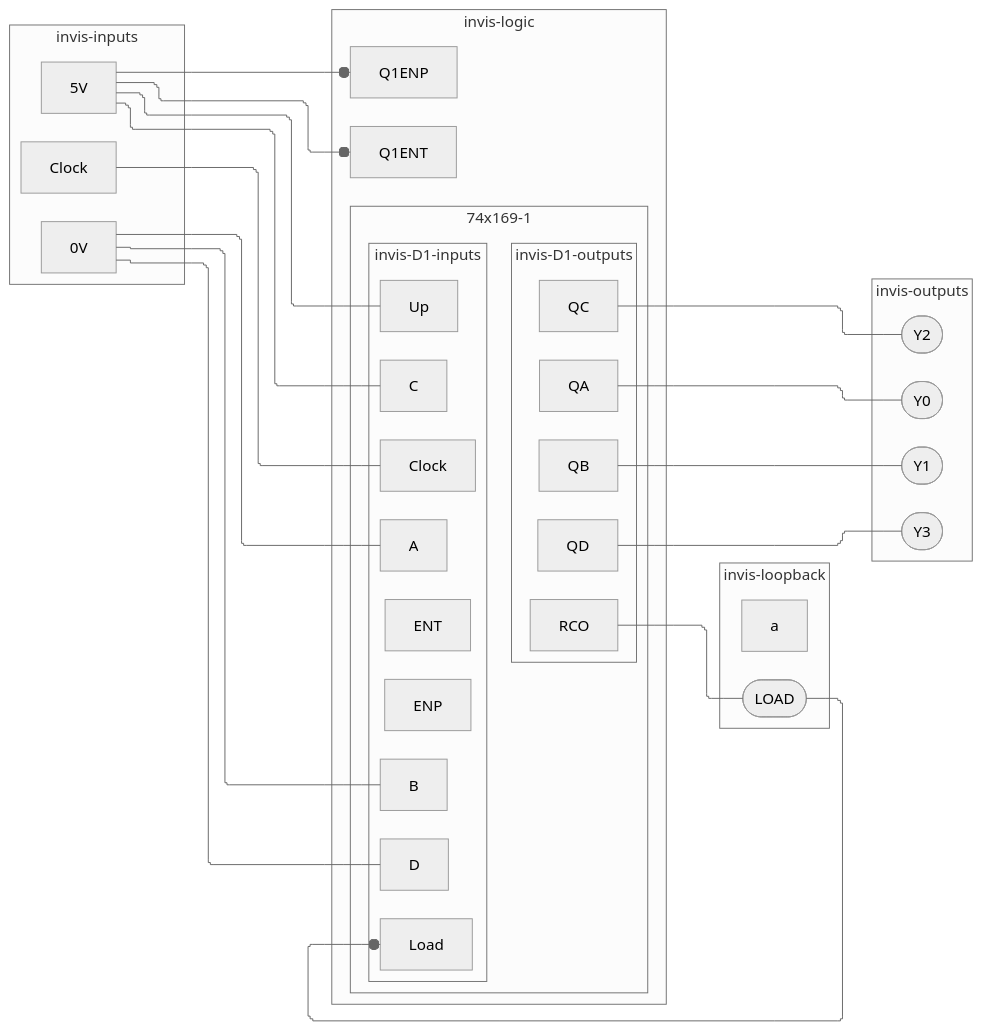
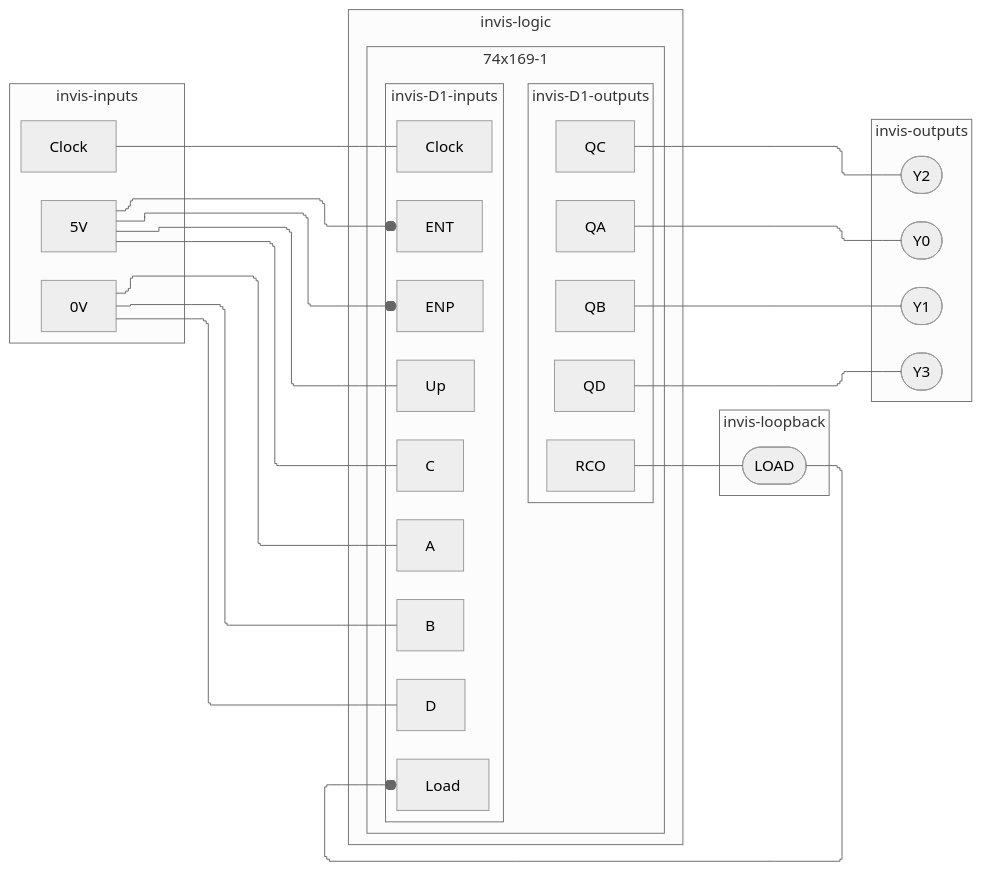
One commit to tnichols217/notes changed the eighth of 8 diagrams in CSDS 281 - Logic Design/HW/8/Tables.md. Above: the diagram before and after it, drawn with Mermaid (neutral theme).

Commit message:
vault backup: 2024-04-05 07:51:16

````diff
--- a/CSDS 281 - Logic Design/HW/8/Tables.md
+++ b/CSDS 281 - Logic Design/HW/8/Tables.md
@@ -408,48 +408,47 @@
 ```mermaid
 %%{ init: { 'flowchart': { 'curve': 'stepBefore', "defaultRenderer": "elk" } } }%%
 flowchart LR
 subgraph invis-inputs
 	Clock
 	5V
 	0V
 end
 subgraph invis-logic
 	subgraph 74x169-1
 		subgraph invis-D1-inputs
 			D1c[Clock]
 			D1UP[Up]
 			D1LD[Load]
 			D1ENP[ENP]
 			D1ENT[ENT]
 			D1A[A]
 			D1B[B]
 			D1C[C]
 			D1D[D]
 		end
 		Clock --- D1c
 		subgraph invis-D1-outputs
 			Q1A[QA]
 			Q1B[QB]
 			Q1C[QC]
 			Q1D[QD]
 			Q1RCO[RCO]
 		end
 		invis-D1-inputs ~~~ invis-D1-outputs
 	end
 	5V --- D1C & D1UP
-	5V ---o Q1ENT & Q1ENP
+	5V ---o D1ENT & D1ENP
 	0V --- D1A & D1B & D1D
 end
 subgraph invis-loopback
 	Q1RCO --- LOAD([LOAD])
 	LOAD ---o D1LD
-	a
 end
 subgraph invis-outputs
 		Q1A --- Y0([Y0])
 		Q1B --- Y1([Y1])
 		Q1C --- Y2([Y2])
 		Q1D --- Y3([Y3])
 end
 invis-inputs ~~~ invis-logic ~~~ invis-loopback ~~~ invis-outputs
 ```
````
